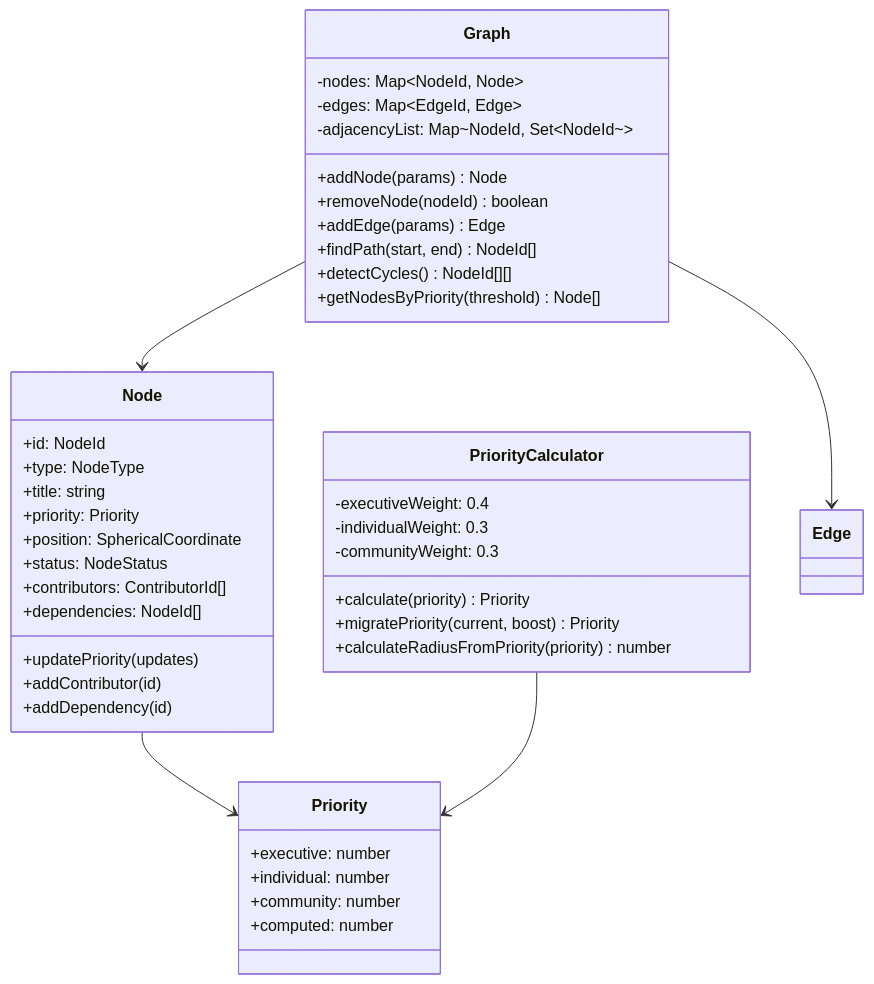
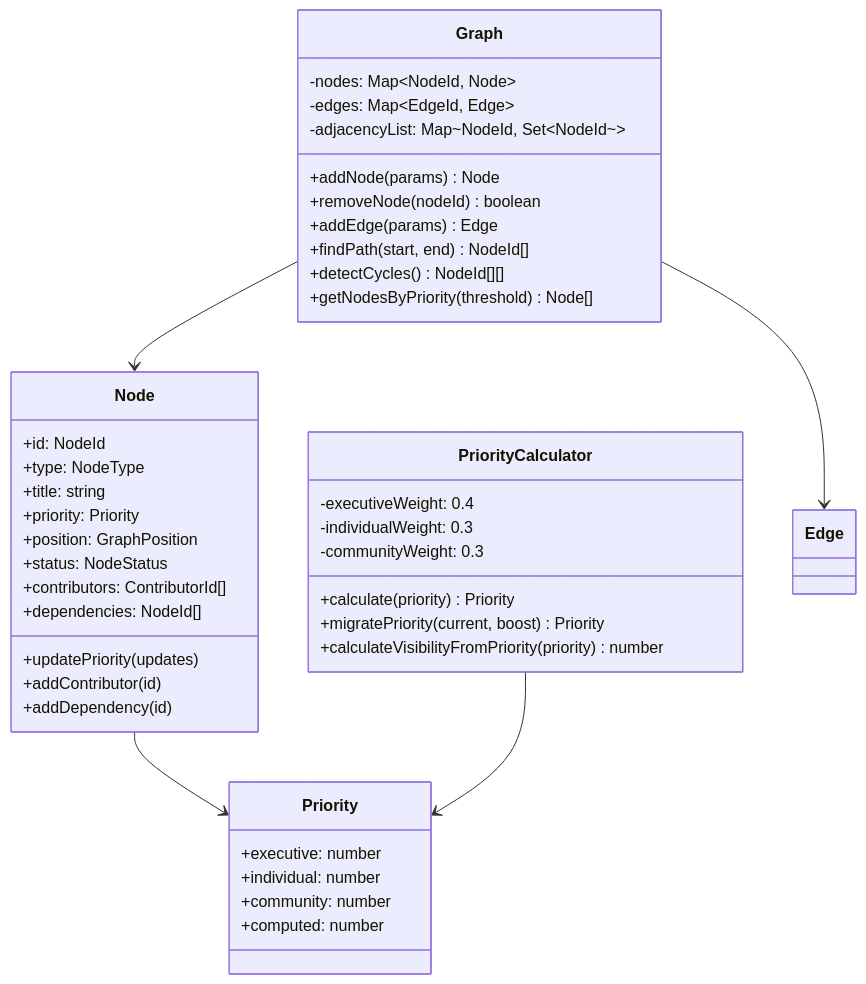
One commit to GraphDone/GraphDone-Core changed the ninth of 13 diagrams in docs/detailed-overview.md. Above: the diagram before and after it, drawn with Mermaid. The commit also changed other lines of this file and 2 other files, not shown here.

First line of the commit message:
Update documentation to reflect 2D multi-level graph approach

````diff
--- a/docs/detailed-overview.md
+++ b/docs/detailed-overview.md
@@ -323,49 +333,49 @@
 ```mermaid
 classDiagram
     class Graph {
         -nodes: Map~NodeId, Node~
         -edges: Map~EdgeId, Edge~
         -adjacencyList: Map~NodeId, Set~NodeId~~
         +addNode(params) Node
         +removeNode(nodeId) boolean
         +addEdge(params) Edge
         +findPath(start, end) NodeId[]
         +detectCycles() NodeId[][]
         +getNodesByPriority(threshold) Node[]
     }
     
     class Node {
         +id: NodeId
         +type: NodeType
         +title: string
         +priority: Priority
-        +position: SphericalCoordinate
+        +position: GraphPosition
         +status: NodeStatus
         +contributors: ContributorId[]
         +dependencies: NodeId[]
         +updatePriority(updates)
         +addContributor(id)
         +addDependency(id)
     }
     
     class Priority {
         +executive: number
         +individual: number
         +community: number
         +computed: number
     }
     
     class PriorityCalculator {
         -executiveWeight: 0.4
         -individualWeight: 0.3
         -communityWeight: 0.3
         +calculate(priority) Priority
         +migratePriority(current, boost) Priority
-        +calculateRadiusFromPriority(priority) number
+        +calculateVisibilityFromPriority(priority) number
     }
     
     Graph --> Node
     Graph --> Edge
     Node --> Priority
     PriorityCalculator --> Priority
 ```
````
